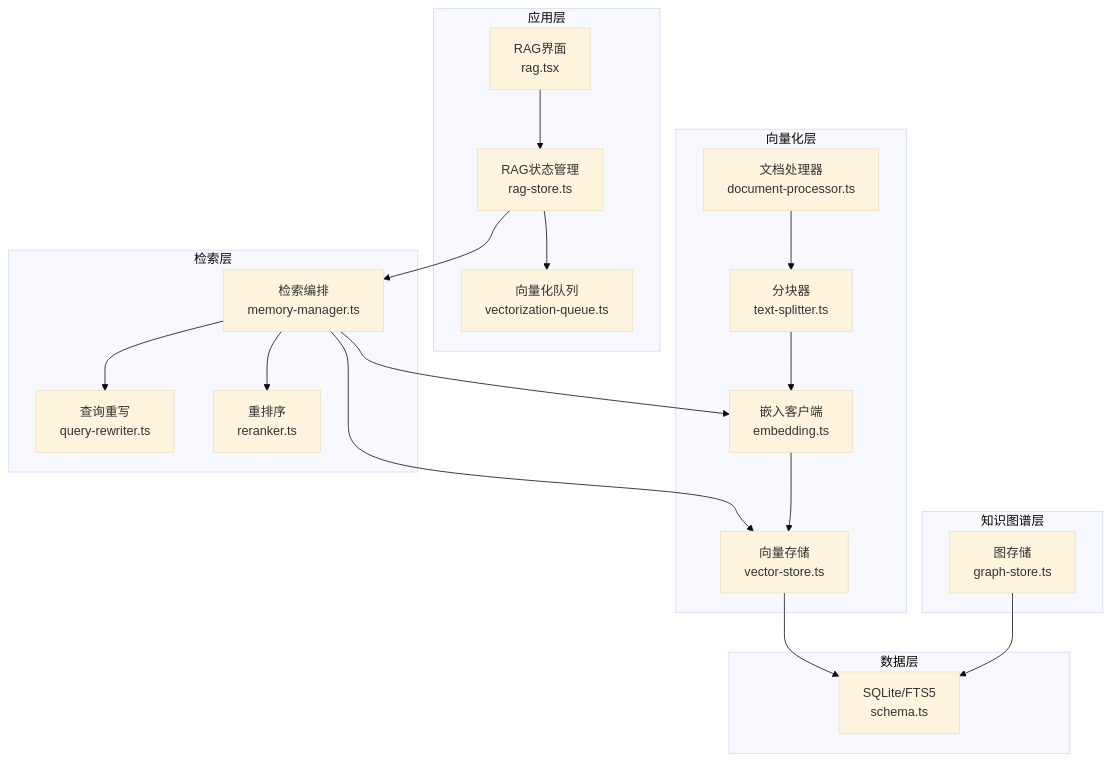
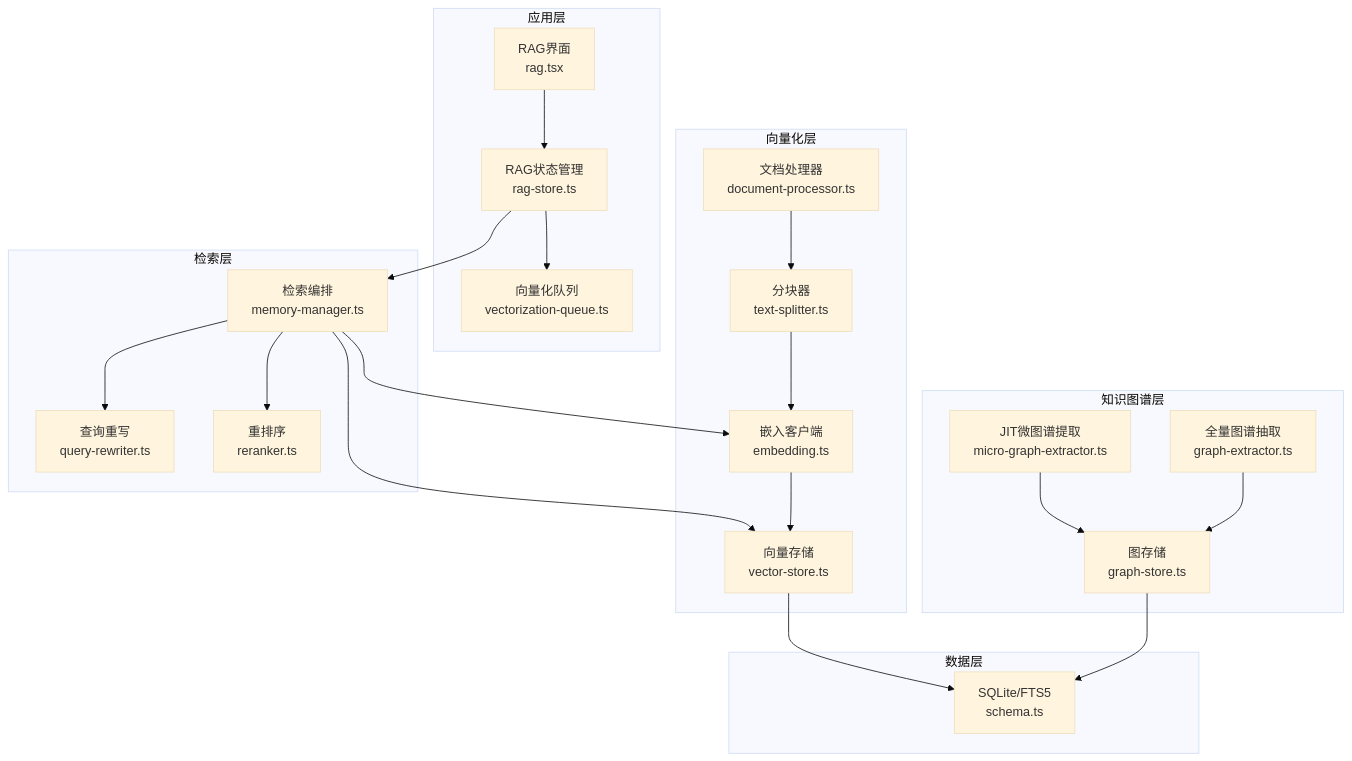
One commit to NarcisWL/Nexara changed the first of 10 diagrams in .qoder/repowiki/zh/content/项目概述/核心功能特性/RAG知识引擎.md. Above: the diagram before and after it, drawn with Mermaid (base theme). The commit also changed other lines of this file and 6 other files, not shown here.

````diff
--- a/.qoder/repowiki/zh/content/项目概述/核心功能特性/RAG知识引擎.md
+++ b/.qoder/repowiki/zh/content/项目概述/核心功能特性/RAG知识引擎.md
@@ -42,37 +46,41 @@
 ```mermaid
 graph TB
 subgraph "应用层"
 UI["RAG界面<br/>rag.tsx"]
 Store["RAG状态管理<br/>rag-store.ts"]
 Queue["向量化队列<br/>vectorization-queue.ts"]
 end
 subgraph "检索层"
 MM["检索编排<br/>memory-manager.ts"]
 Rewriter["查询重写<br/>query-rewriter.ts"]
 Rerank["重排序<br/>reranker.ts"]
 end
 subgraph "向量化层"
 Proc["文档处理器<br/>document-processor.ts"]
 Split["分块器<br/>text-splitter.ts"]
 Emb["嵌入客户端<br/>embedding.ts"]
 VS["向量存储<br/>vector-store.ts"]
 end
 subgraph "知识图谱层"
 GStore["图存储<br/>graph-store.ts"]
+JIT["JIT微图谱提取<br/>micro-graph-extractor.ts"]
+FullKG["全量图谱抽取<br/>graph-extractor.ts"]
 end
 subgraph "数据层"
 DB["SQLite/FTS5<br/>schema.ts"]
 end
 UI --> Store
 Store --> Queue
 Store --> MM
 MM --> Rewriter
 MM --> Emb
 MM --> VS
 MM --> Rerank
 Proc --> Split
 Split --> Emb
 Emb --> VS
 VS --> DB
 GStore --> DB
+JIT --> GStore
+FullKG --> GStore
 ```
````
